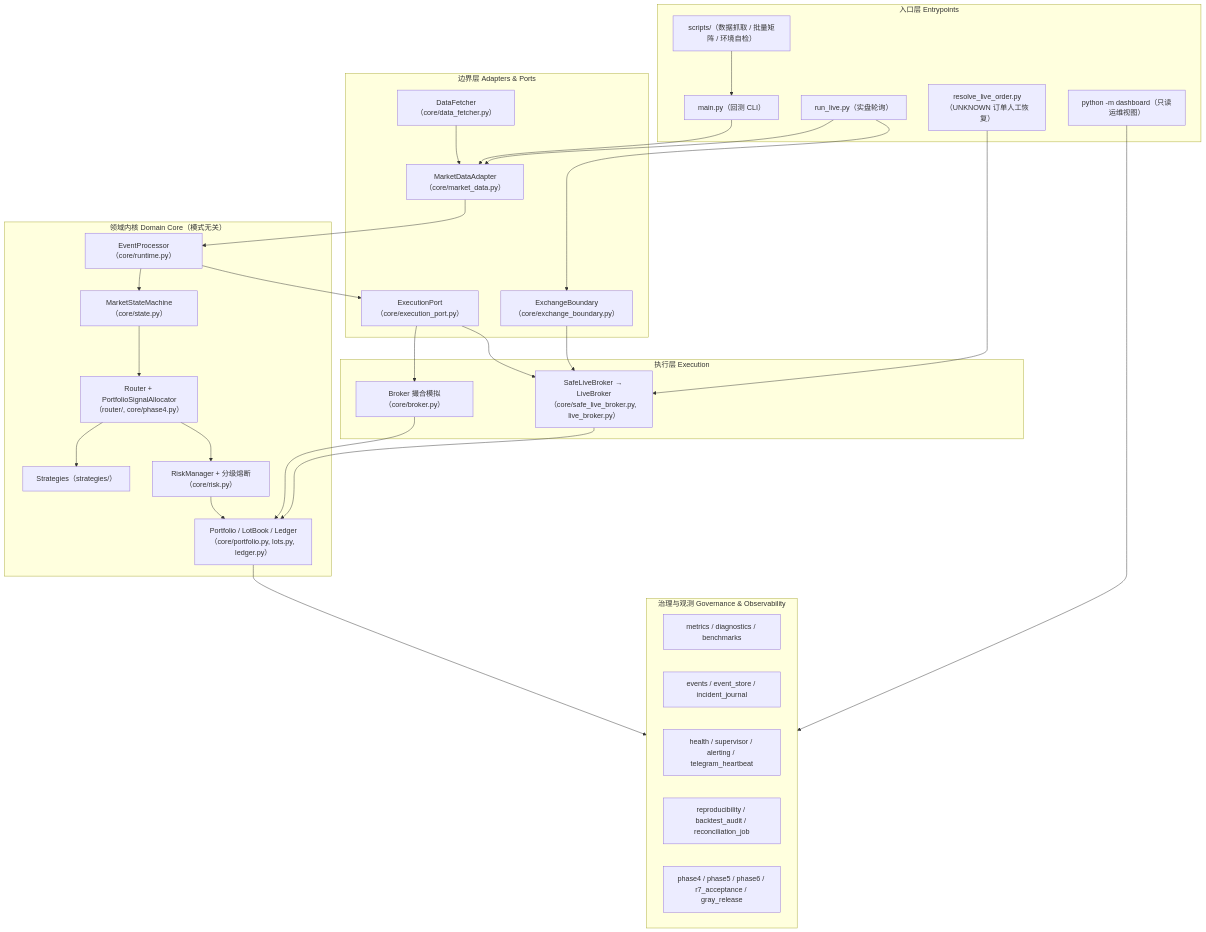
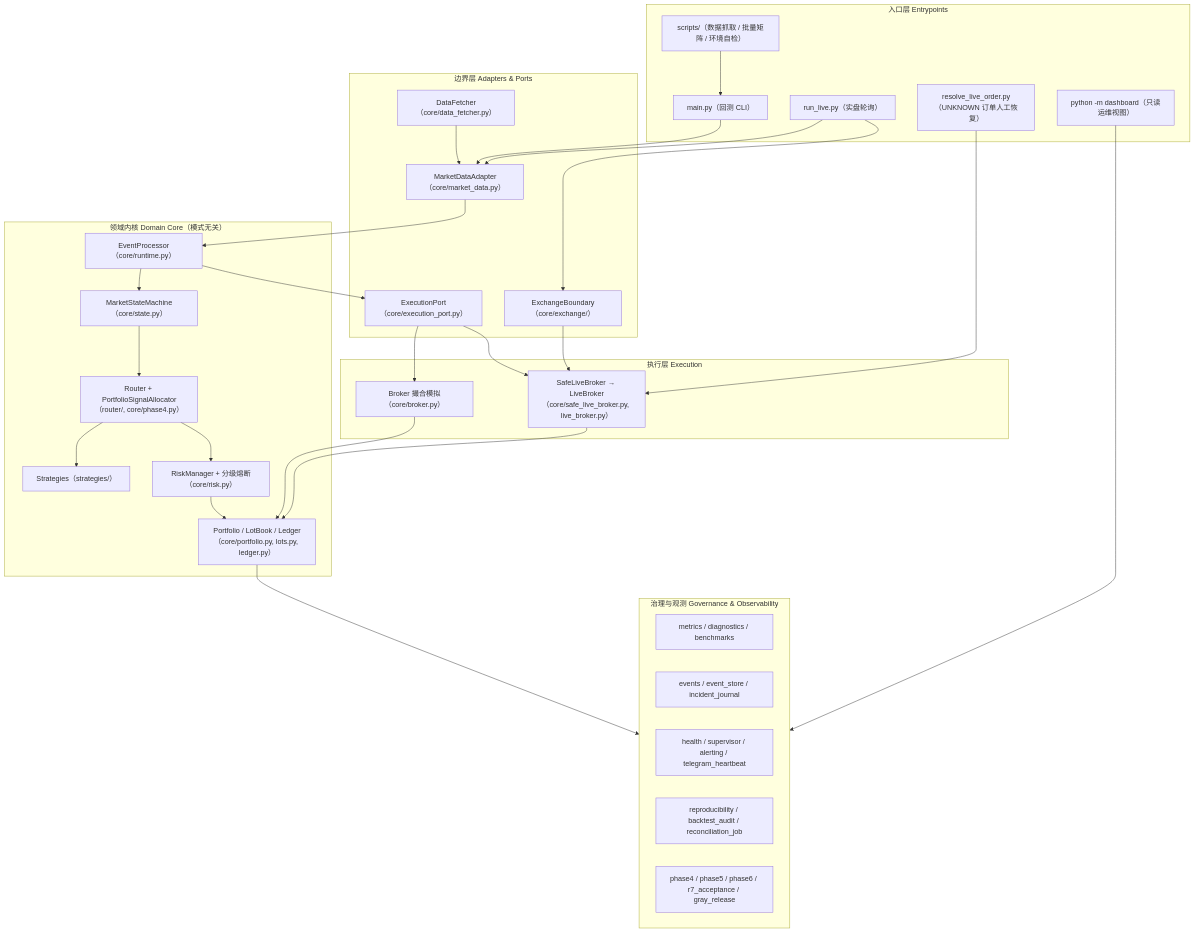
One commit to user-nmmmmm/QuantTradingV2 changed the first of 5 diagrams in README.md. Above: the diagram before and after it, drawn with Mermaid. The commit also changed other lines of this file and 13 other files, not shown here.

First line of the commit message:
Group the exchange boundary into a core/exchange package

````diff
--- a/README.md
+++ b/README.md
@@ -64,57 +64,57 @@
 ```mermaid
 flowchart TB
     subgraph ENTRY["入口层 Entrypoints"]
         M["main.py（回测 CLI）"]
         RL["run_live.py（实盘轮询）"]
         RS["resolve_live_order.py（UNKNOWN 订单人工恢复）"]
         DB["python -m dashboard（只读运维视图）"]
         SC["scripts/（数据抓取 / 批量矩阵 / 环境自检）"]
     end
 
     subgraph BOUND["边界层 Adapters & Ports"]
         MDA["MarketDataAdapter（core/market_data.py）"]
         EXP["ExecutionPort（core/execution_port.py）"]
-        EB["ExchangeBoundary（core/exchange_boundary.py）"]
+        EB["ExchangeBoundary（core/exchange/）"]
         DF["DataFetcher（core/data_fetcher.py）"]
     end
 
     subgraph KERNEL["领域内核 Domain Core（模式无关）"]
         EP["EventProcessor（core/runtime.py）"]
         SM["MarketStateMachine（core/state.py）"]
         RT["Router + PortfolioSignalAllocator（router/, core/phase4.py）"]
         ST["Strategies（strategies/）"]
         RK["RiskManager + 分级熔断（core/risk.py）"]
         PF["Portfolio / LotBook / Ledger（core/portfolio.py, lots.py, ledger.py）"]
     end
 
     subgraph EXEC["执行层 Execution"]
         BK["Broker 撮合模拟（core/broker.py）"]
         LB["SafeLiveBroker → LiveBroker（core/safe_live_broker.py, live_broker.py）"]
     end
 
     subgraph OBS["治理与观测 Governance & Observability"]
         MT["metrics / diagnostics / benchmarks"]
         EV["events / event_store / incident_journal"]
         HS["health / supervisor / alerting / telegram_heartbeat"]
         RP["reproducibility / backtest_audit / reconciliation_job"]
         PH["phase4 / phase5 / phase6 / r7_acceptance / gray_release"]
     end
 
     SC --> M
     M --> MDA
     RL --> MDA
     RL --> EB
     DF --> MDA
     MDA --> EP
     EP --> SM --> RT --> ST
     RT --> RK --> PF
     EP --> EXP
     EXP --> BK
     EXP --> LB
     EB --> LB
     BK --> PF
     LB --> PF
     PF --> OBS
     RS --> LB
     DB --> OBS
 ```
````
